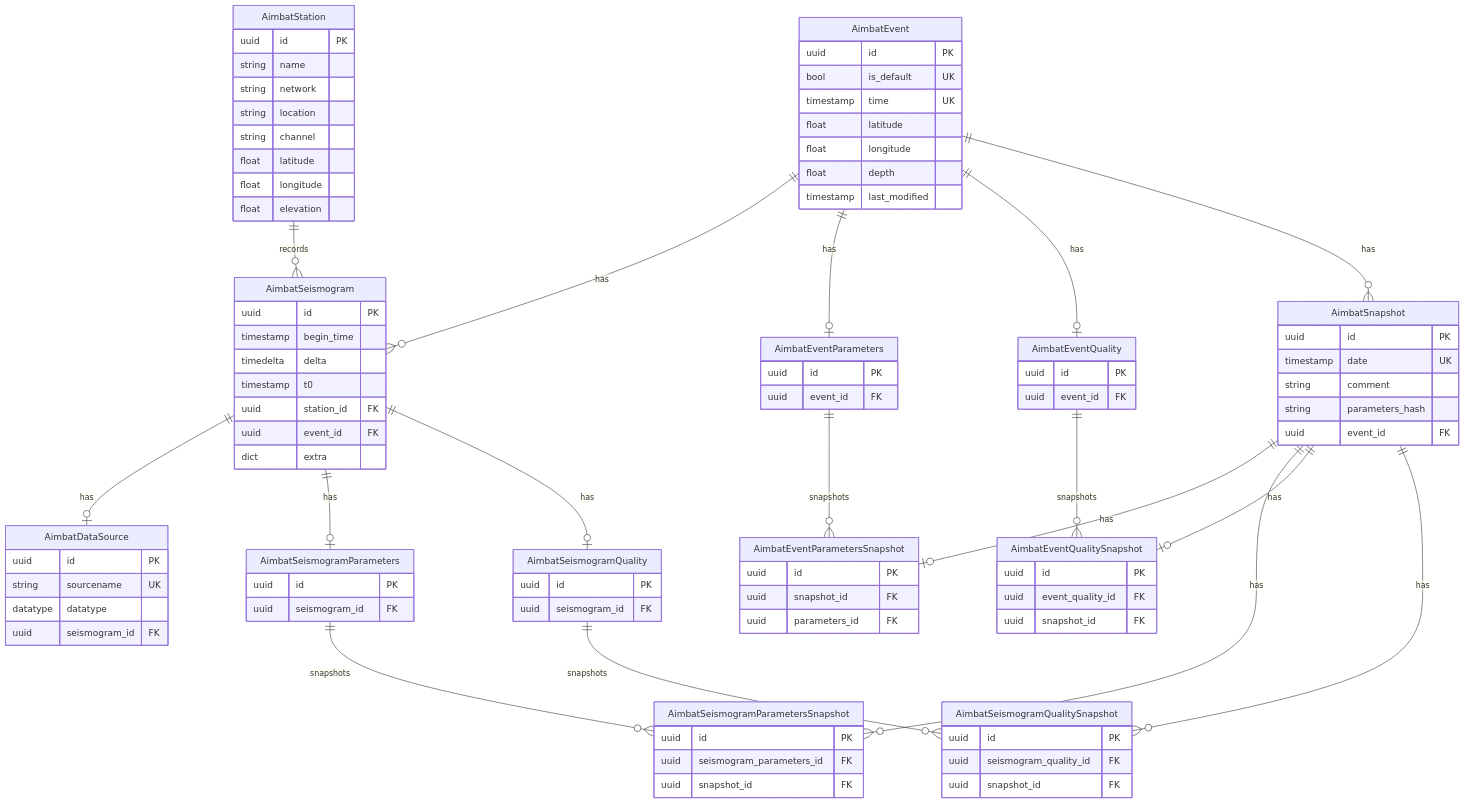
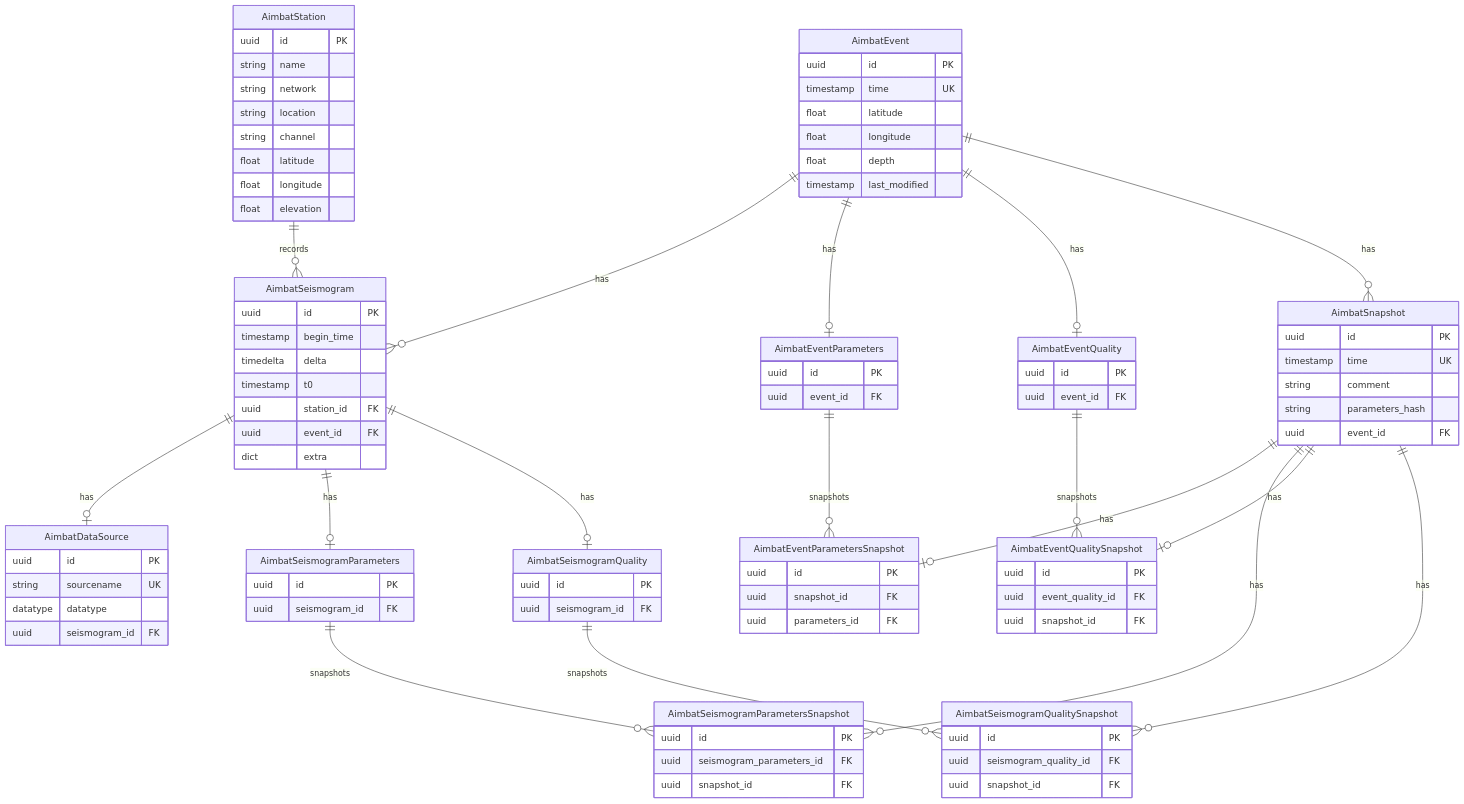
The diagram in docs/development/database-models.md (pysmo/aimbat), drawn with Mermaid before and after one commit. The commit also changed 36 other files, not shown here.

```diff
--- a/docs/development/database-models.md
+++ b/docs/development/database-models.md
@@ -34,7 +34,6 @@
 
     AimbatEvent {
         uuid id PK
-        bool is_default UK
         timestamp time UK
         float latitude
         float longitude
@@ -81,7 +80,7 @@
 
     AimbatSnapshot {
         uuid id PK
-        timestamp date UK
+        timestamp time UK
         string comment
         string parameters_hash
         uuid event_id FK
```
